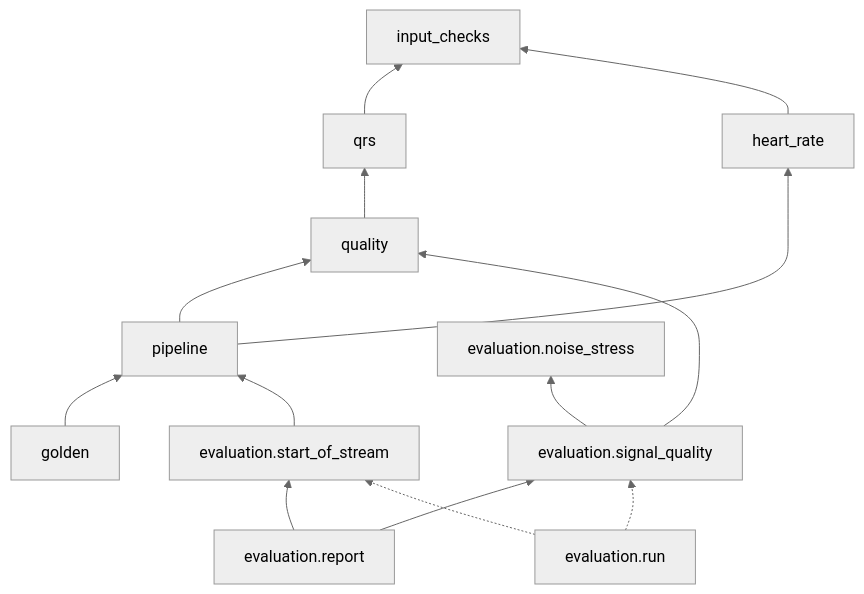
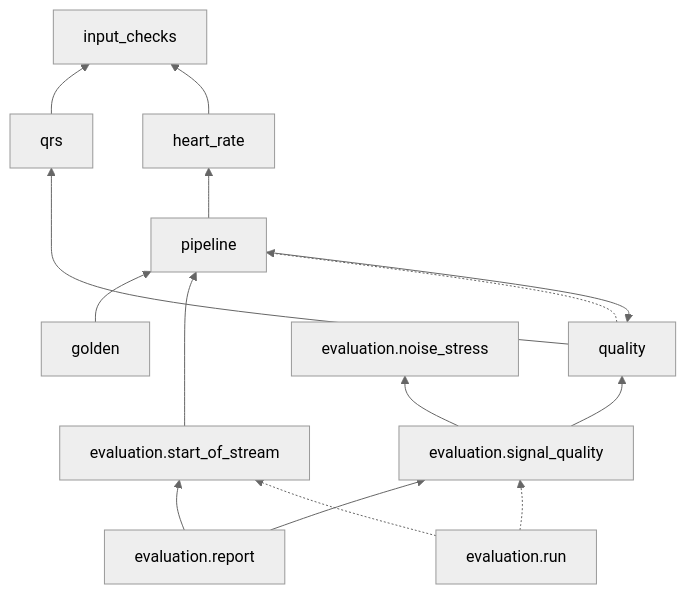
Before and after one commit to andreafatuzzo/sinus-ecg: the diagram in docs/regulatory/architecture-m2.md, drawn with Mermaid (neutral theme). The commit also changed other lines of this file and 1 other file, not shown here.

First line of the commit message:
Architecture v0.4.2: import of pipeline inside quality.quality_windows

````diff
--- a/docs/regulatory/architecture-m2.md
+++ b/docs/regulatory/architecture-m2.md
@@ -704,17 +704,18 @@
 ```mermaid
 flowchart BT
   checks["input_checks"]
   qrs["qrs"] --> checks
   hr["heart_rate"] --> checks
   quality["quality"] --> qrs
   pipeline["pipeline"] --> hr
   pipeline --> quality
   golden["golden"] --> pipeline
   start["evaluation.start_of_stream"] --> pipeline
   sq["evaluation.signal_quality"] --> quality
   sq --> noise["evaluation.noise_stress"]
   report["evaluation.report"] --> sq
   report --> start
   run["evaluation.run"] -.-> start
   run -.-> sq
+  quality -.-> pipeline
 ```
````
